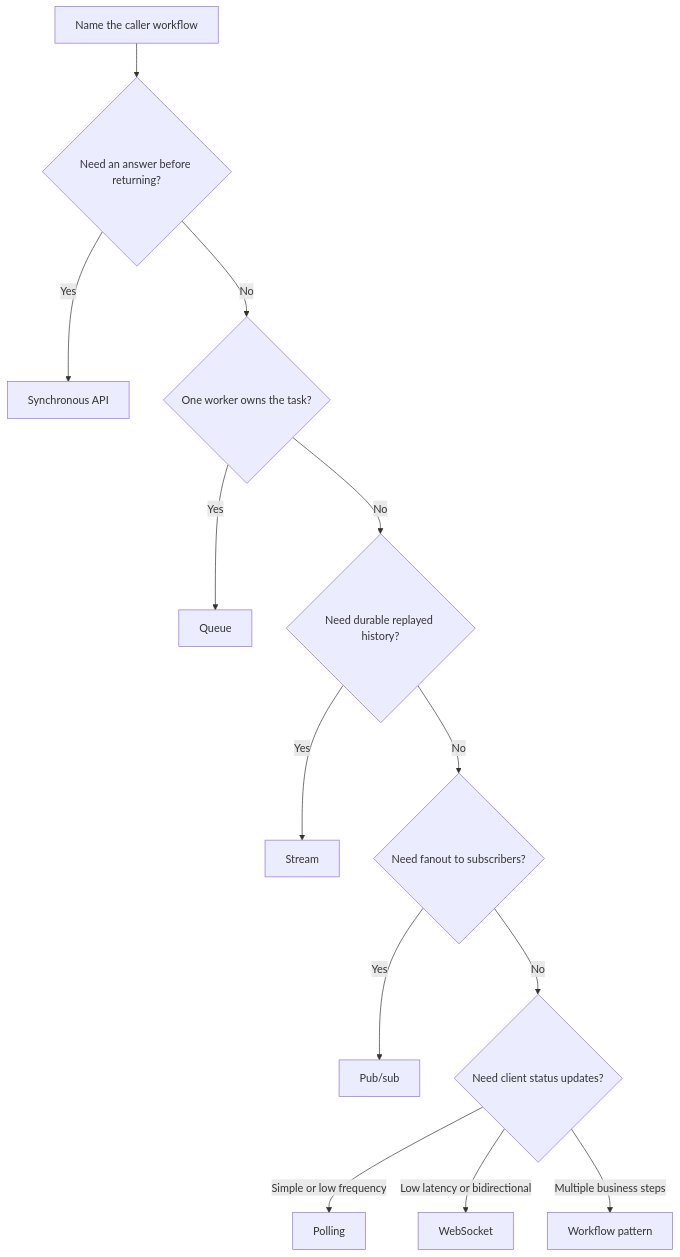
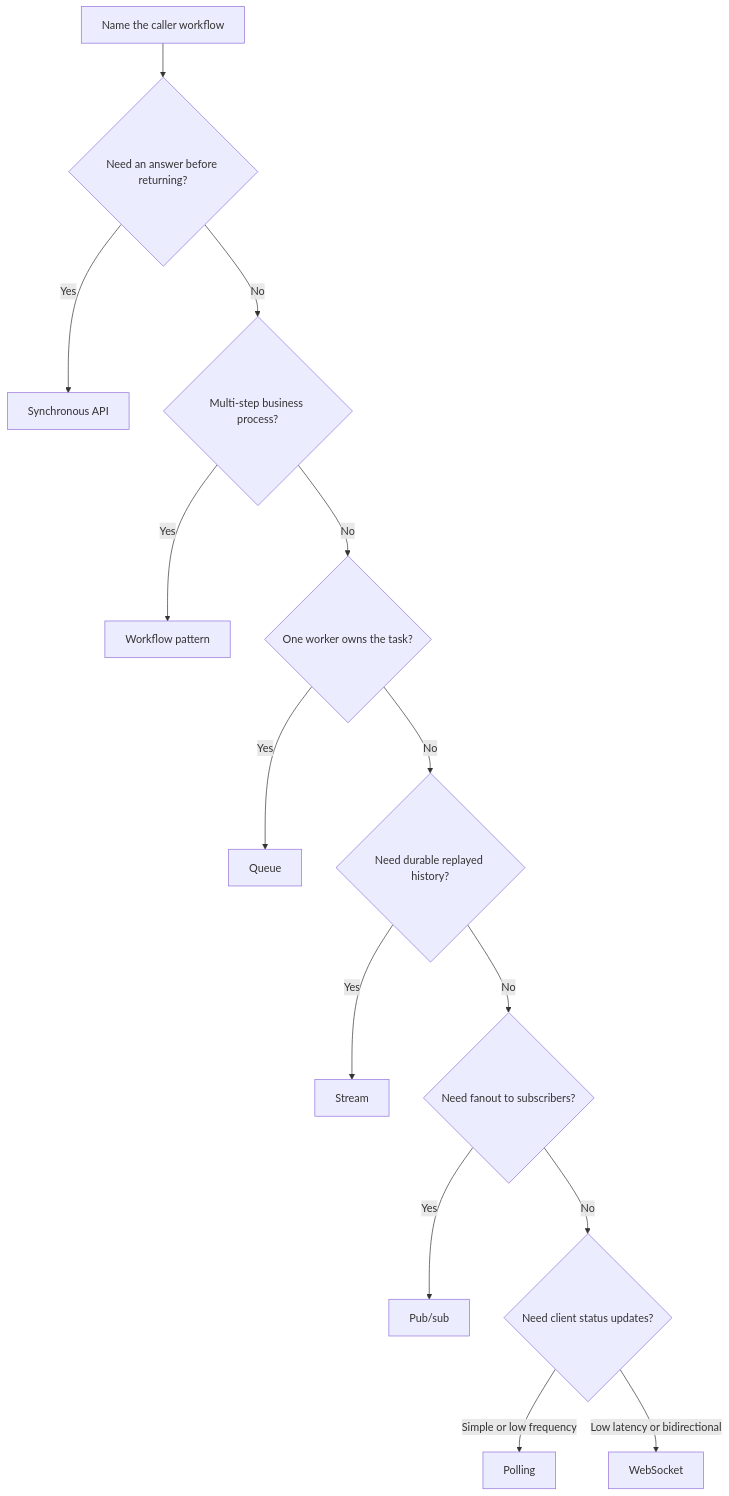
The diagram in docs/communication/index.md (LeonSilva15/system-design), drawn with Mermaid before and after one commit.

Commit message:
docs(communication): SDC-E06-T01 address review notes

````diff
--- a/docs/communication/index.md
+++ b/docs/communication/index.md
@@ -71,15 +71,16 @@
 ```mermaid
 flowchart TD
     A[Name the caller workflow] --> B{Need an answer before returning?}
     B -->|Yes| C[Synchronous API]
-    B -->|No| D{One worker owns the task?}
+    B -->|No| W{Multi-step business process?}
+    W -->|Yes| M[Workflow pattern]
+    W -->|No| D{One worker owns the task?}
     D -->|Yes| E[Queue]
     D -->|No| F{Need durable replayed history?}
     F -->|Yes| G[Stream]
     F -->|No| H{Need fanout to subscribers?}
     H -->|Yes| I[Pub/sub]
     H -->|No| J{Need client status updates?}
     J -->|Simple or low frequency| K[Polling]
     J -->|Low latency or bidirectional| L[WebSocket]
-    J -->|Multiple business steps| M[Workflow pattern]
 ```
````
